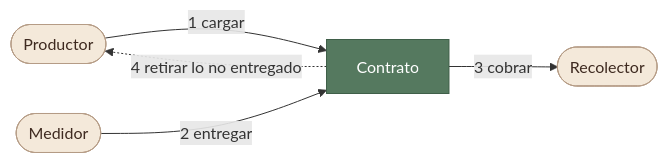
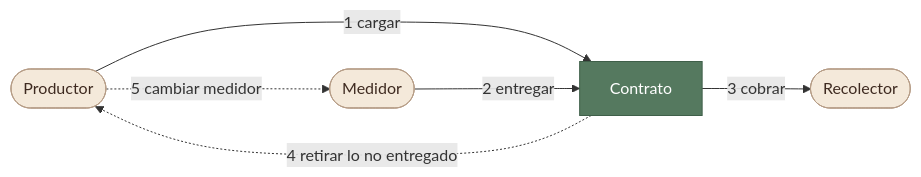
Before and after one commit to jfacundoayala/boleto-lleno: the diagram in README.md, drawn with Mermaid. The commit also changed other lines of this file and 2 other files, not shown here.

````diff
--- a/README.md
+++ b/README.md
@@ -82,12 +83,13 @@
 ```mermaid
 flowchart LR
     P([Productor]) -- "1 cargar" --> C[Contrato]
     M([Medidor]) -- "2 entregar" --> C
     C -- "3 cobrar" --> R([Recolector])
     C -. "4 retirar lo no entregado" .-> P
+    P -. "5 cambiar medidor" .-> M
 
     classDef persona fill:#F4E9DA,stroke:#B59C86,color:#3E2A20
     classDef contrato fill:#55795F,stroke:#3F5F49,color:#FFFFFF
     class P,M,R persona
     class C contrato
 ```
````
